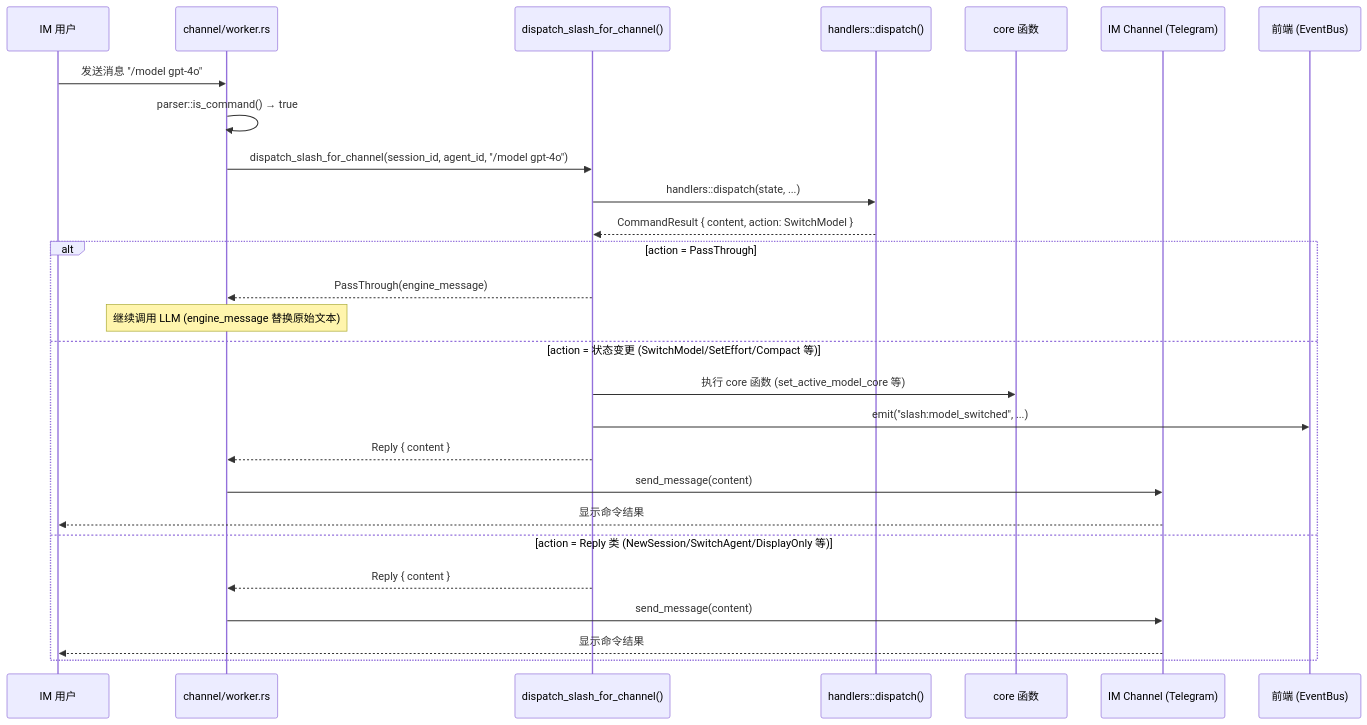
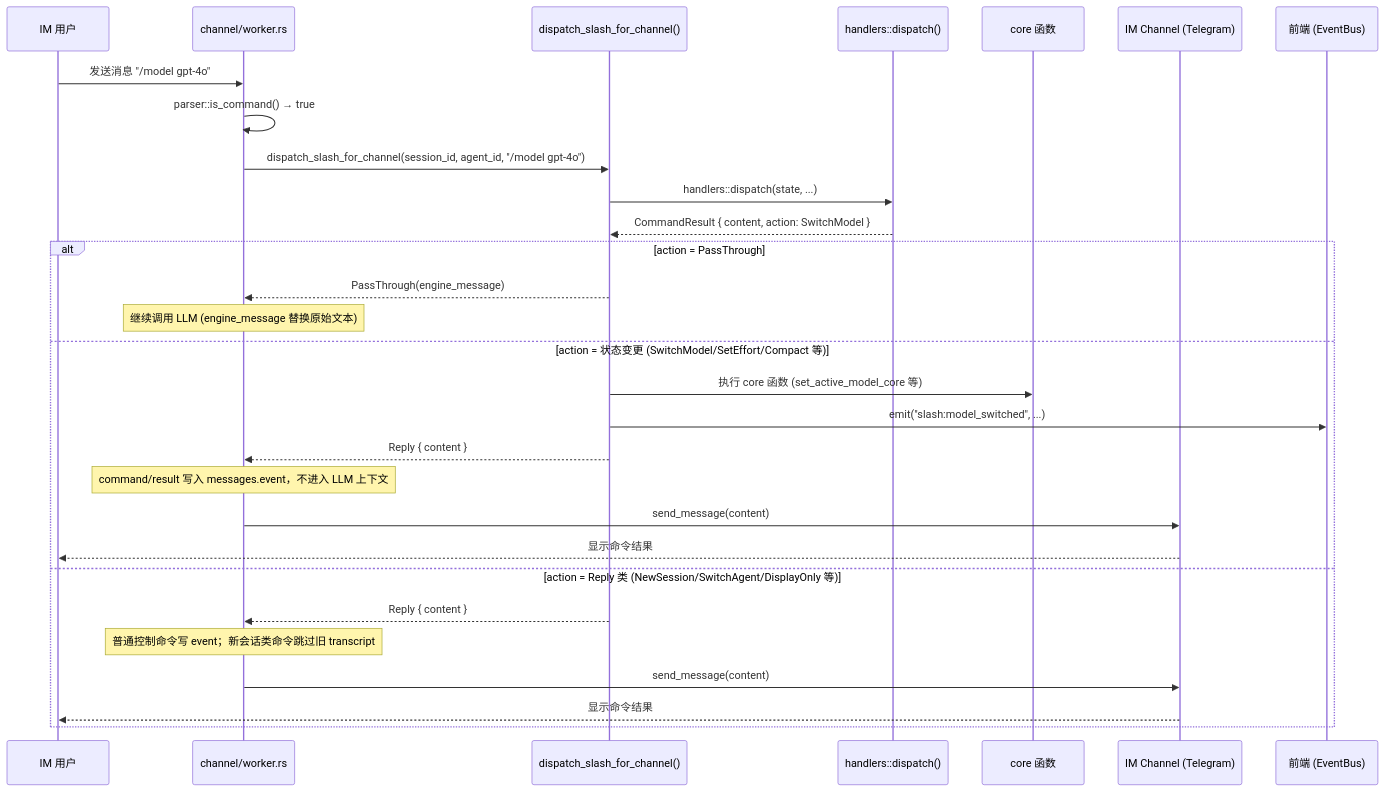
The second of 3 diagrams in mirrors/repos/shiwenwen@hope-agent/docs/architecture/slash-commands.md (gabrielmoreira/agent-skills-mirror), drawn with Mermaid before and after one commit. The commit also changed other lines of this file and 1610 other files, not shown here.

````diff
--- a/mirrors/repos/shiwenwen@hope-agent/docs/architecture/slash-commands.md
+++ b/mirrors/repos/shiwenwen@hope-agent/docs/architecture/slash-commands.md
@@ -61,30 +61,32 @@
 ```mermaid
 sequenceDiagram
     participant U as IM 用户
     participant W as channel/worker.rs
     participant SC as dispatch_slash_for_channel()
     participant D as handlers::dispatch()
     participant Core as core 函数
     participant CH as IM Channel (Telegram)
     participant FE as 前端 (EventBus)
 
     U->>W: 发送消息 "/model gpt-4o"
     W->>W: parser::is_command() → true
     W->>SC: dispatch_slash_for_channel(session_id, agent_id, "/model gpt-4o")
     SC->>D: handlers::dispatch(state, ...)
     D-->>SC: CommandResult { content, action: SwitchModel }
     alt action = PassThrough
         SC-->>W: PassThrough(engine_message)
         Note over W: 继续调用 LLM (engine_message 替换原始文本)
     else action = 状态变更 (SwitchModel/SetEffort/Compact 等)
         SC->>Core: 执行 core 函数 (set_active_model_core 等)
         SC->>FE: emit("slash:model_switched", ...)
         SC-->>W: Reply { content }
+        Note over W: command/result 写入 messages.event，不进入 LLM 上下文
         W->>CH: send_message(content)
         CH-->>U: 显示命令结果
     else action = Reply 类 (NewSession/SwitchAgent/DisplayOnly 等)
         SC-->>W: Reply { content }
+        Note over W: 普通控制命令写 event；新会话类命令跳过旧 transcript
         W->>CH: send_message(content)
         CH-->>U: 显示命令结果
     end
 ```
````
